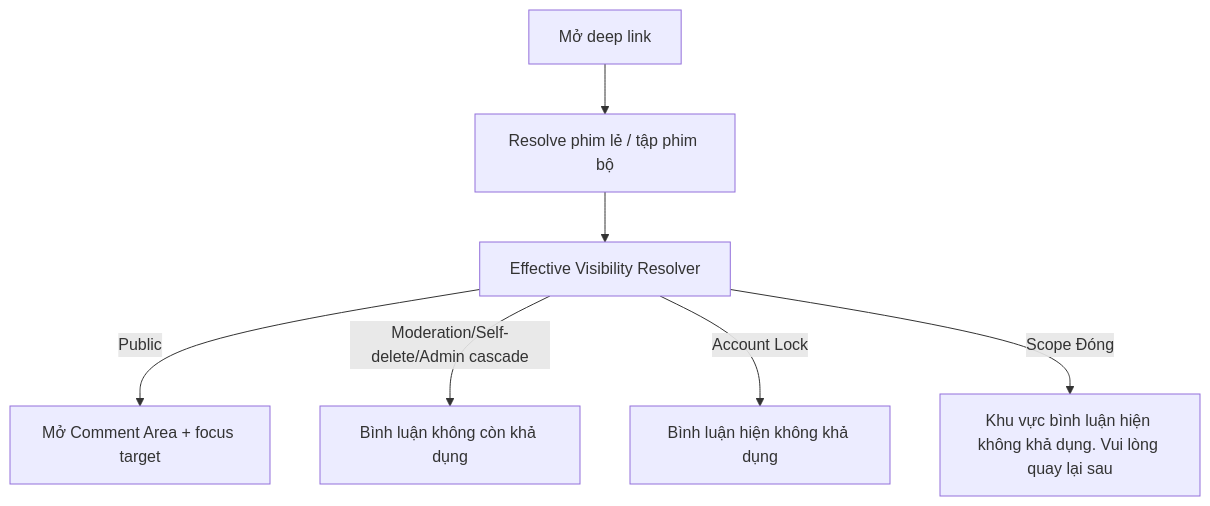
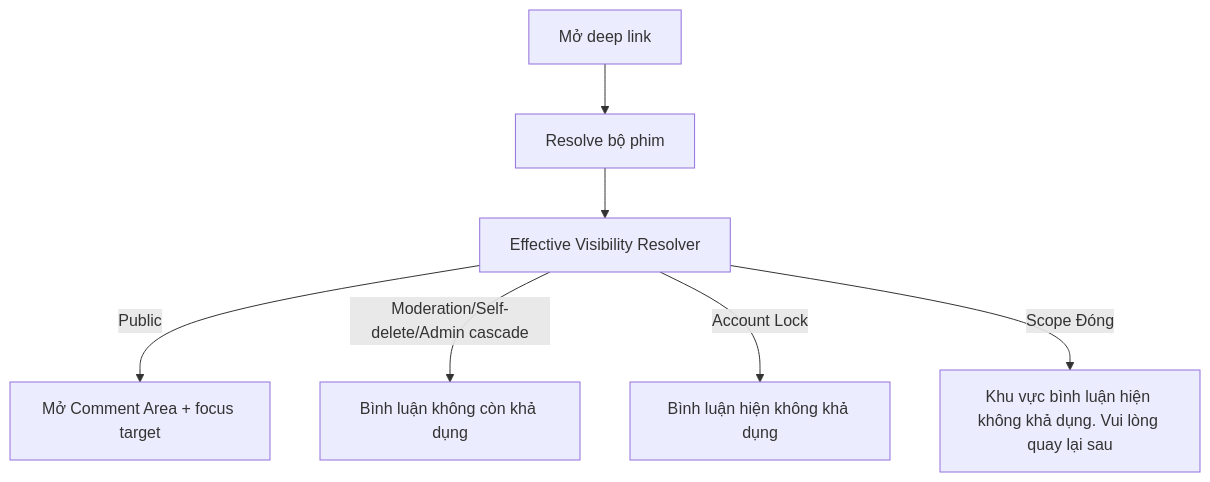
One commit to tannguyenho/MyTV-Comment changed the fourth of 9 diagrams in UX_INFORMATION_ARCHITECTURE_SCREEN_MAP.md. Above: the diagram before and after it, drawn with Mermaid. The commit also changed other lines of this file and 114 other files, not shown here.

````diff
--- a/UX_INFORMATION_ARCHITECTURE_SCREEN_MAP.md
+++ b/UX_INFORMATION_ARCHITECTURE_SCREEN_MAP.md
@@ -304,9 +304,9 @@
 ```mermaid
 flowchart TD
-    DL["Mở deep link"] --> CTX["Resolve phim lẻ / tập phim bộ"]
+    DL["Mở deep link"] --> CTX["Resolve bộ phim"]
     CTX --> VIS["Effective Visibility Resolver"]
     VIS -->|Public| TARGET["Mở Comment Area + focus target"]
     VIS -->|Moderation/Self-delete/Admin cascade| F1["Bình luận không còn khả dụng"]
     VIS -->|Account Lock| F2["Bình luận hiện không khả dụng"]
     VIS -->|Scope Đóng| F3["Khu vực bình luận hiện không khả dụng. Vui lòng quay lại sau"]
 ```
````
